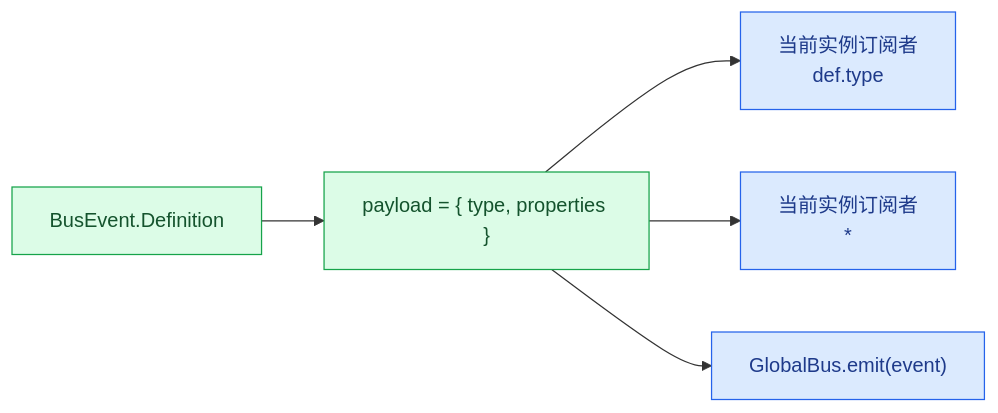
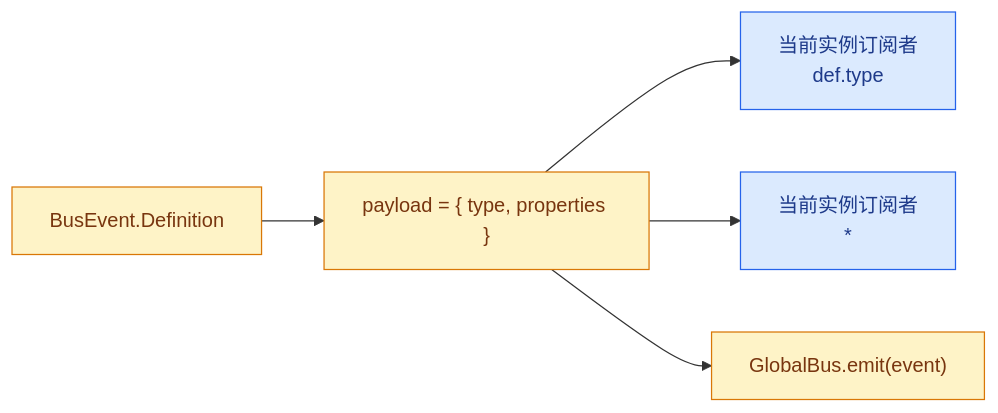
Diagram 12 of 22 in opencode_kickoff/A07-durable-state.md (feuyeux/agent-study), drawn with Mermaid before and after one commit. The commit also changed other lines of this file, not shown here.

Commit message:
docs(opencode_kickoff): unify A07 diagram colors

````diff
--- a/opencode_kickoff/A07-durable-state.md
+++ b/opencode_kickoff/A07-durable-state.md
@@ -537,20 +532,20 @@
 ```mermaid
 flowchart LR
     Def["BusEvent.Definition"]
     Payload["payload = { type, properties }"]
     Local["当前实例订阅者<br/>def.type"]
     Wildcard["当前实例订阅者<br/>*"]
     Global["GlobalBus.emit(event)"]
 
     Def --> Payload
     Payload --> Local
     Payload --> Wildcard
     Payload --> Global
 
     classDef producer fill:#DCFCE7,stroke:#16A34A,color:#14532D;
     classDef consumer fill:#DBEAFE,stroke:#2563EB,color:#1E3A8A;
     classDef bridge fill:#FEF3C7,stroke:#D97706,color:#78350F;
 
-    class Def,Payload producer;
-    class Local,Wildcard,Global consumer;
+    class Local,Wildcard consumer;
+    class Def,Payload,Global bridge;
 ```
````
